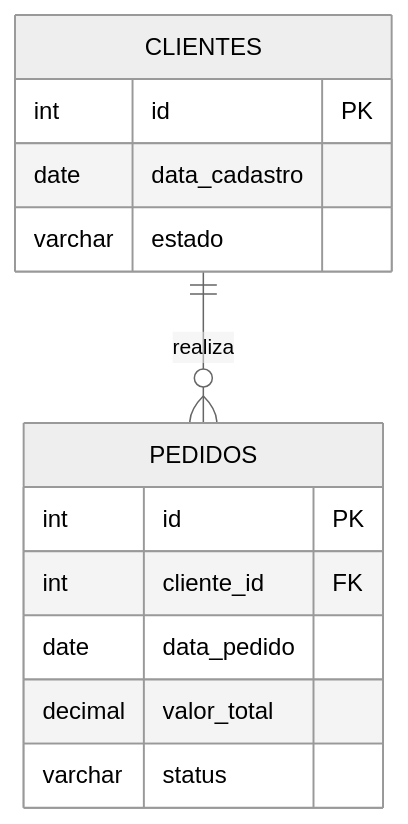
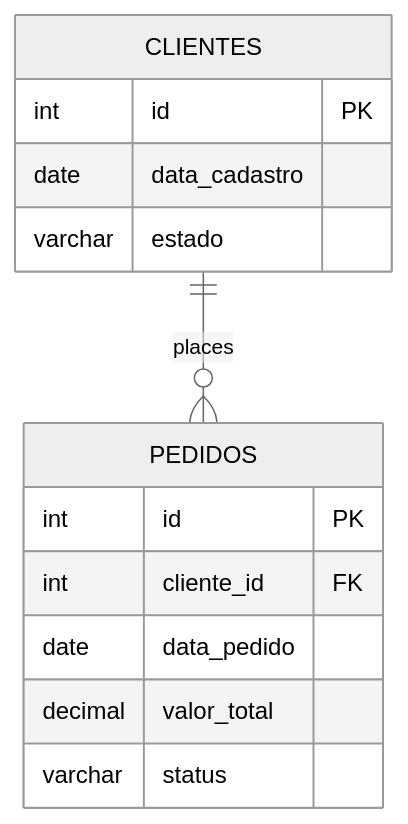
Before and after one commit to davidelgado28/E-commerce-Analytics: the diagram in README.md, drawn with Mermaid (neutral theme). The commit also changed other lines of this file, not shown here.

````diff
--- a/README.md
+++ b/README.md
@@ -15,19 +15,19 @@
 ```mermaid
 erDiagram
-    CLIENTES {
-        int id PK
-        date data_cadastro
-        varchar estado
-    }
+CLIENTES {
+int id PK
+date data_cadastro
+varchar estado
+}
 
-    PEDIDOS {
-        int id PK
-        int cliente_id FK
-        date data_pedido
-        decimal valor_total
-        varchar status
-    }
+PEDIDOS {
+int id PK
+int cliente_id FK
+date data_pedido
+decimal valor_total
+varchar status
+}
 
-    CLIENTES ||--o{ PEDIDOS : "realiza"
+CLIENTES ||--o{ PEDIDOS : "places"
 
 ```
````
